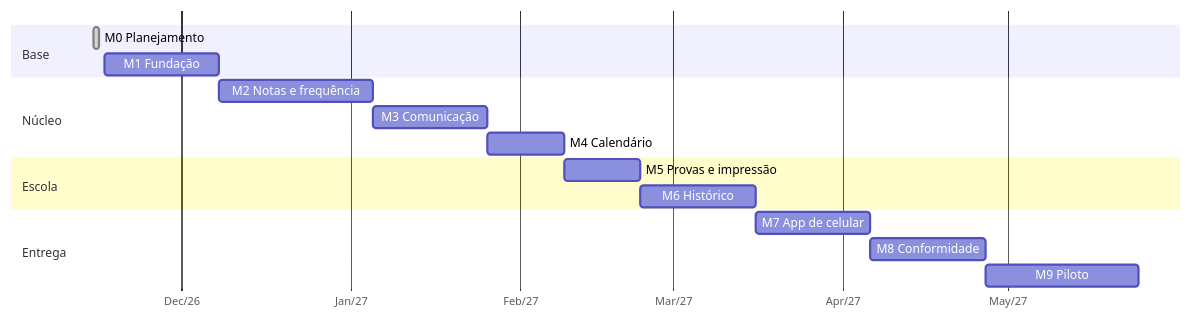
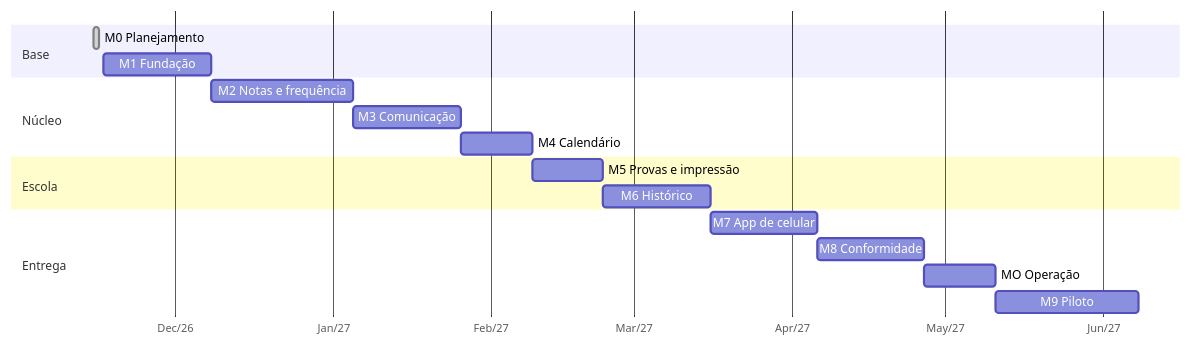
Before and after one commit to EttoreCSenatore/caderneta: the diagram in website/docs/roadmap.md, drawn with Mermaid. The commit also changed other lines of this file and 1 other file, not shown here.

First line of the commit message:
Roadmap: marco MO (operação e manutenção) antes do piloto (#45)

````diff
--- a/website/docs/roadmap.md
+++ b/website/docs/roadmap.md
@@ -24,19 +25,20 @@
 ```mermaid
 gantt
   dateFormat YYYY-MM-DD
   axisFormat %b/%y
   section Base
   M0 Planejamento        :done, m0, 2026-11-15, 1d
   M1 Fundação            :m1, 2026-11-17, 3w
   section Núcleo
   M2 Notas e frequência  :m2, after m1, 4w
   M3 Comunicação         :m3, after m2, 3w
   M4 Calendário          :m4, after m3, 2w
   section Escola
   M5 Provas e impressão  :m5, after m4, 2w
   M6 Histórico           :m6, after m5, 3w
   section Entrega
   M7 App de celular      :m7, after m6, 3w
   M8 Conformidade        :m8, after m7, 3w
-  M9 Piloto              :m9, after m8, 4w
+  MO Operação            :mo, after m8, 2w
+  M9 Piloto              :m9, after mo, 4w
 ```
````
